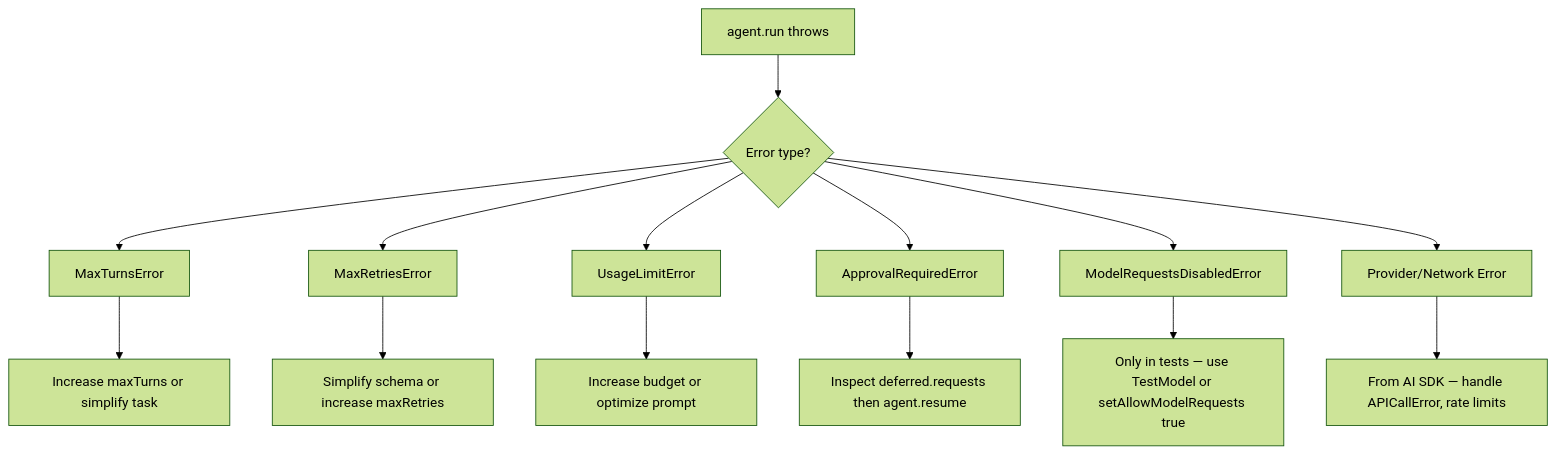
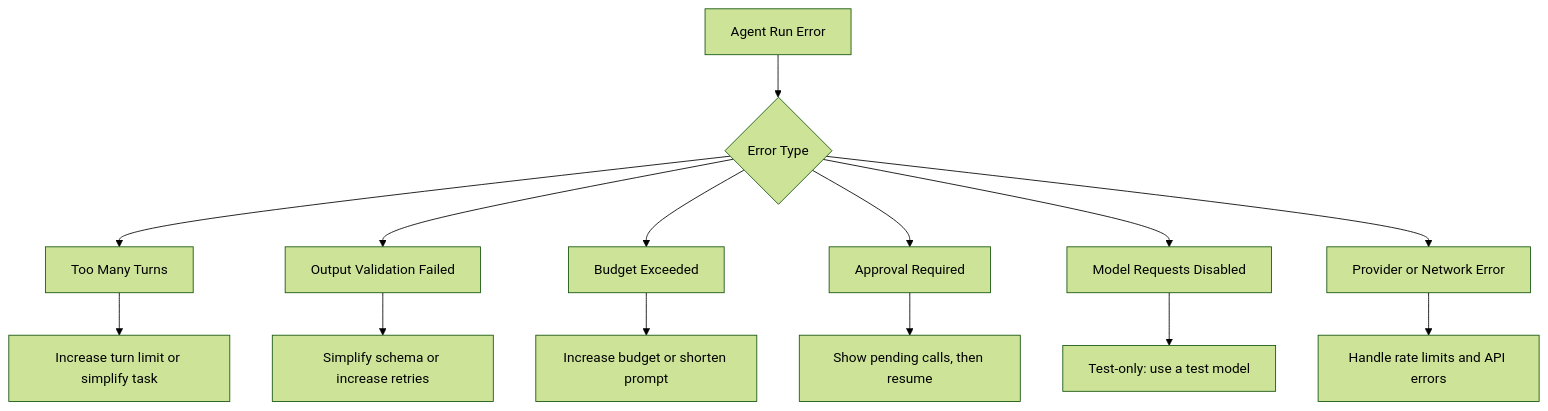
Before and after one commit to a7ul/vibes: the first of 2 diagrams in packages/framework/docs/advanced/error-handling.mdx, drawn with Mermaid (forest theme). The commit also changed other lines of this file and 26 other files, not shown here.

````diff
--- a/packages/framework/docs/advanced/error-handling.mdx
+++ b/packages/framework/docs/advanced/error-handling.mdx
@@ -20,16 +20,16 @@
 ```mermaid
 graph TD
-    E[agent.run throws] --> A{Error type?}
-    A --> B[MaxTurnsError]
-    A --> C[MaxRetriesError]
-    A --> D[UsageLimitError]
-    A --> F[ApprovalRequiredError]
-    A --> G[ModelRequestsDisabledError]
-    A --> H[Provider/Network Error]
-    B --> B1[Increase maxTurns or simplify task]
-    C --> C1[Simplify schema or increase maxRetries]
-    D --> D1[Increase budget or optimize prompt]
-    F --> F1[Inspect deferred.requests then agent.resume]
-    G --> G1[Only in tests — use TestModel or setAllowModelRequests true]
-    H --> H1[From AI SDK — handle APICallError, rate limits]
+    E[Agent Run Error] --> A{Error Type}
+    A --> B[Too Many Turns]
+    A --> C[Output Validation Failed]
+    A --> D[Budget Exceeded]
+    A --> F[Approval Required]
+    A --> G[Model Requests Disabled]
+    A --> H[Provider or Network Error]
+    B --> B1[Increase turn limit or simplify task]
+    C --> C1[Simplify schema or increase retries]
+    D --> D1[Increase budget or shorten prompt]
+    F --> F1[Show pending calls, then resume]
+    G --> G1[Test-only: use a test model]
+    H --> H1[Handle rate limits and API errors]
 ```
````
